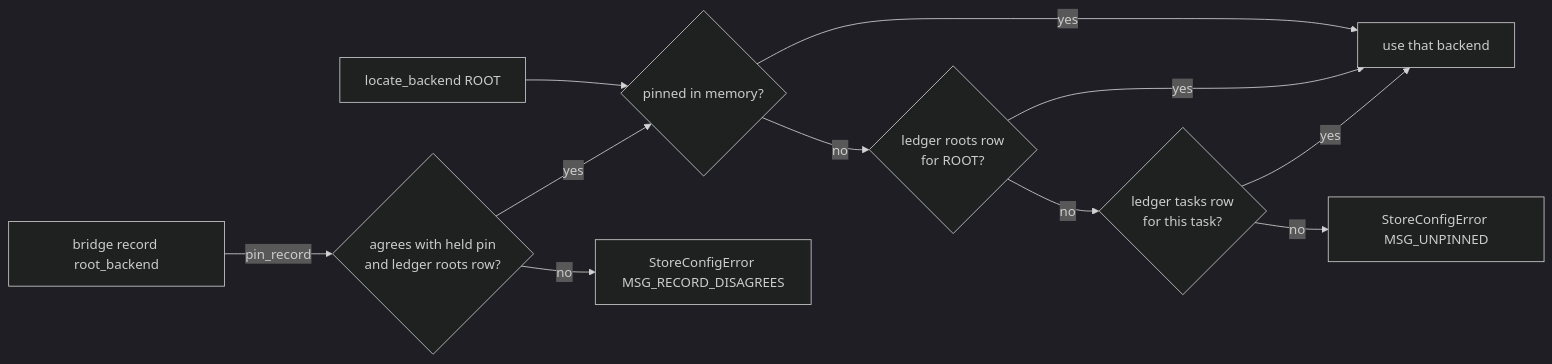
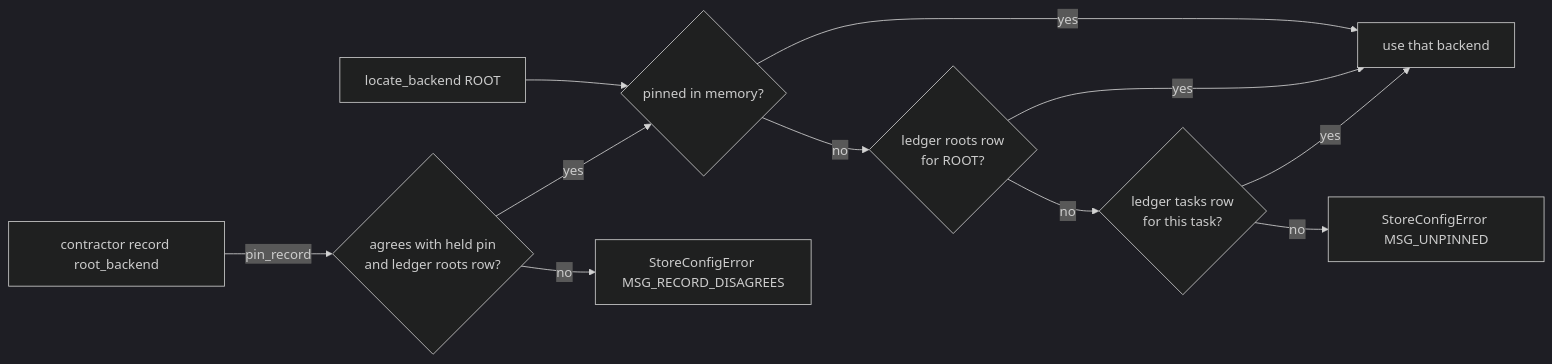
Before and after one commit to MVPavan/coding-ritual: the sixth of 46 diagrams in docs/workflow-interpreter-guide/diagrams.md, drawn with Mermaid (dark theme). The commit also changed other lines of this file and 361 other files, not shown here.

````diff
--- a/docs/workflow-interpreter-guide/diagrams.md
+++ b/docs/workflow-interpreter-guide/diagrams.md
@@ -277,13 +277,13 @@
 ```mermaid
 flowchart LR
   Q["locate_backend ROOT"] --> M{"pinned in memory?"}
   M -->|"yes"| USE["use that backend"]
   M -->|"no"| R{"ledger roots row<br/>for ROOT?"}
   R -->|"yes"| USE
   R -->|"no"| T{"ledger tasks row<br/>for this task?"}
   T -->|"yes"| USE
   T -->|"no"| REF["StoreConfigError MSG_UNPINNED"]
-  REC["bridge record root_backend"] -->|"pin_record"| CHK{"agrees with held pin<br/>and ledger roots row?"}
+  REC["contractor record root_backend"] -->|"pin_record"| CHK{"agrees with held pin<br/>and ledger roots row?"}
   CHK -->|"yes"| M
   CHK -->|"no"| REF2["StoreConfigError MSG_RECORD_DISAGREES"]
 ```
````
